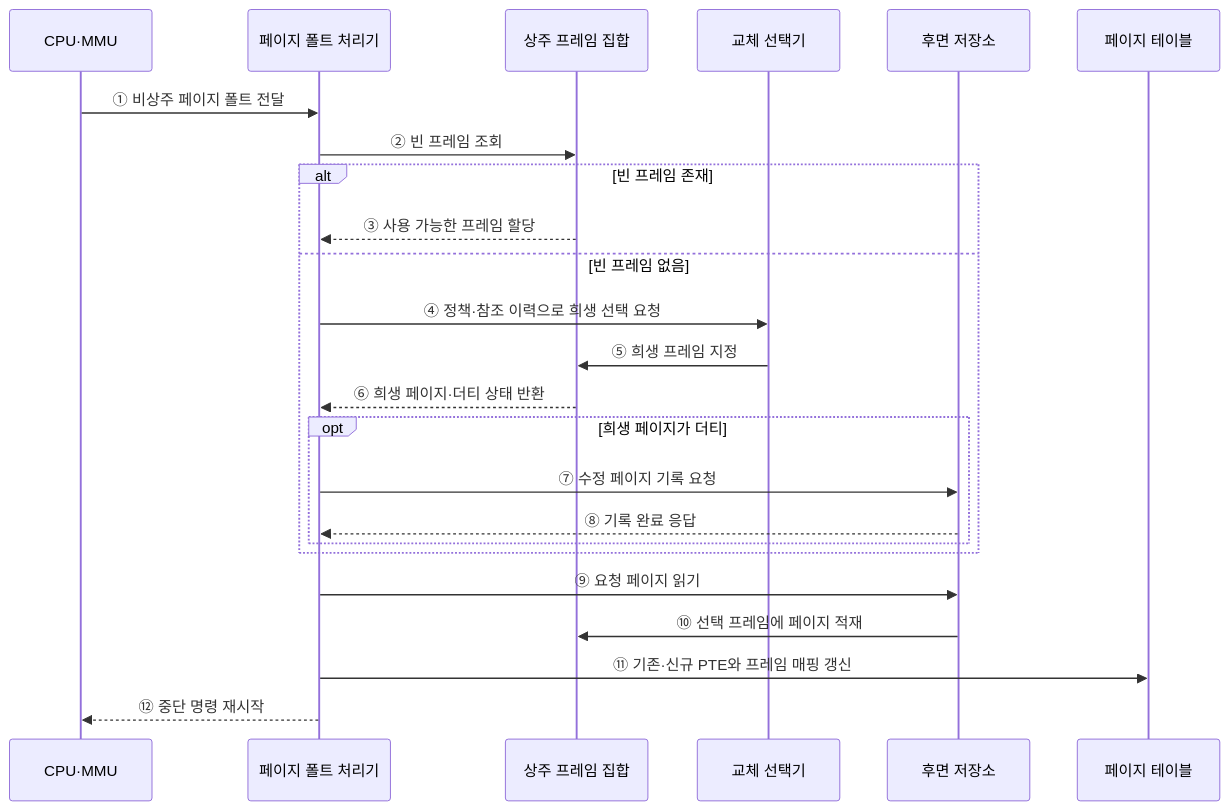
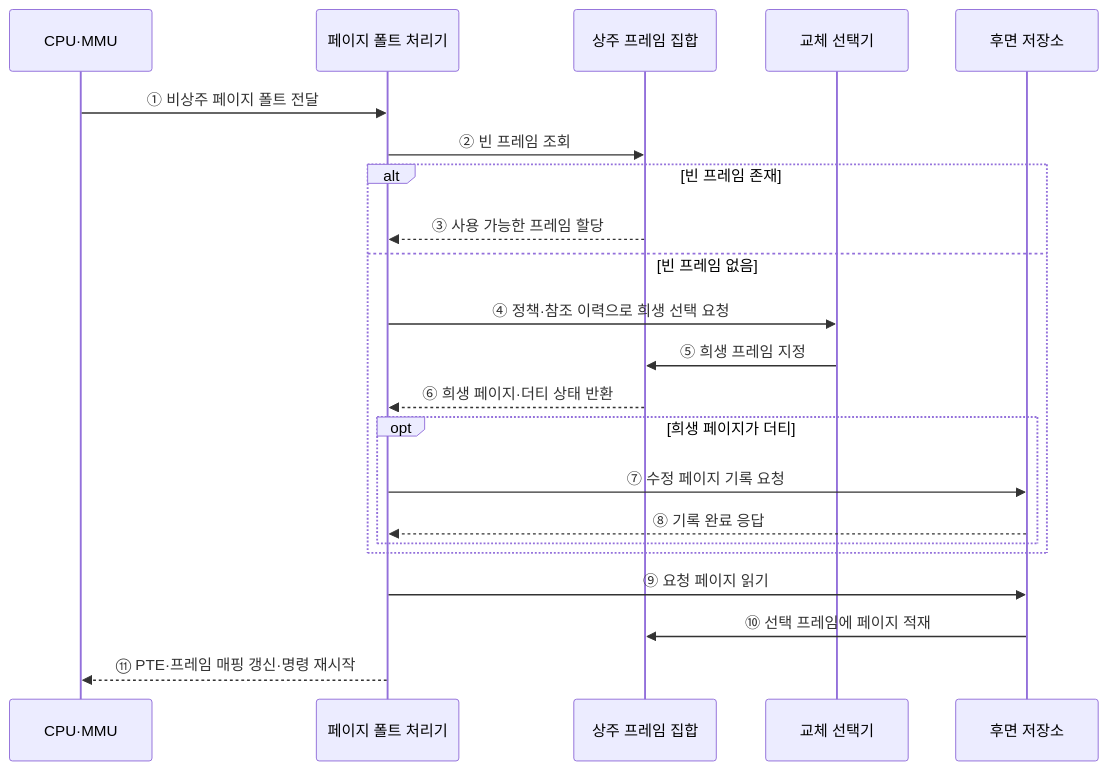
The second of 2 diagrams in src/content/docs/notes/02-hardware/018_page_replacement.md (agnusdei1207/knowledge-base), drawn with Mermaid before and after one commit. The commit also changed other lines of this file and 20 other files, not shown here.

````diff
--- a/src/content/docs/notes/02-hardware/018_page_replacement.md
+++ b/src/content/docs/notes/02-hardware/018_page_replacement.md
@@ -90,27 +81,25 @@
 ```mermaid
 sequenceDiagram
     participant C as CPU·MMU
     participant O as 페이지 폴트 처리기
     participant F as 상주 프레임 집합
     participant R as 교체 선택기
     participant S as 후면 저장소
-    participant P as 페이지 테이블
 
     C->>O: ① 비상주 페이지 폴트 전달
     O->>F: ② 빈 프레임 조회
     alt 빈 프레임 존재
         F-->>O: ③ 사용 가능한 프레임 할당
     else 빈 프레임 없음
         O->>R: ④ 정책·참조 이력으로 희생 선택 요청
         R->>F: ⑤ 희생 프레임 지정
         F-->>O: ⑥ 희생 페이지·더티 상태 반환
         opt 희생 페이지가 더티
             O->>S: ⑦ 수정 페이지 기록 요청
             S-->>O: ⑧ 기록 완료 응답
         end
     end
     O->>S: ⑨ 요청 페이지 읽기
     S->>F: ⑩ 선택 프레임에 페이지 적재
-    O->>P: ⑪ 기존·신규 PTE와 프레임 매핑 갱신
-    O-->>C: ⑫ 중단 명령 재시작
+    O-->>C: ⑪ PTE·프레임 매핑 갱신·명령 재시작
 ```
````
